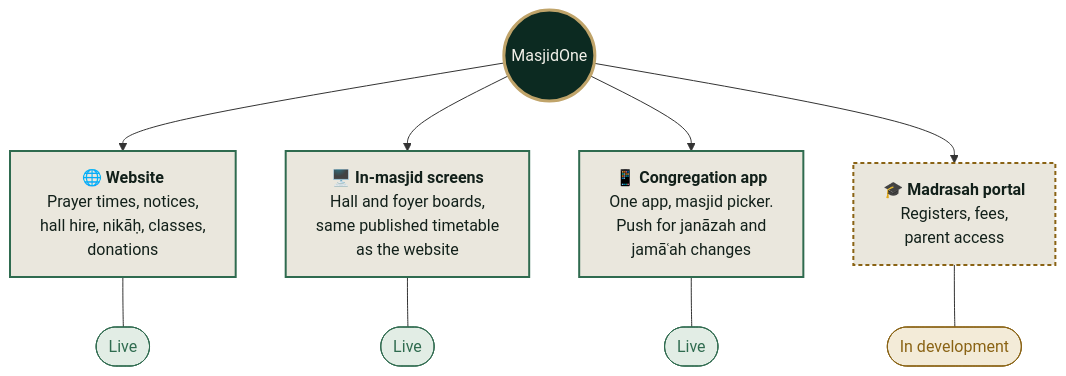
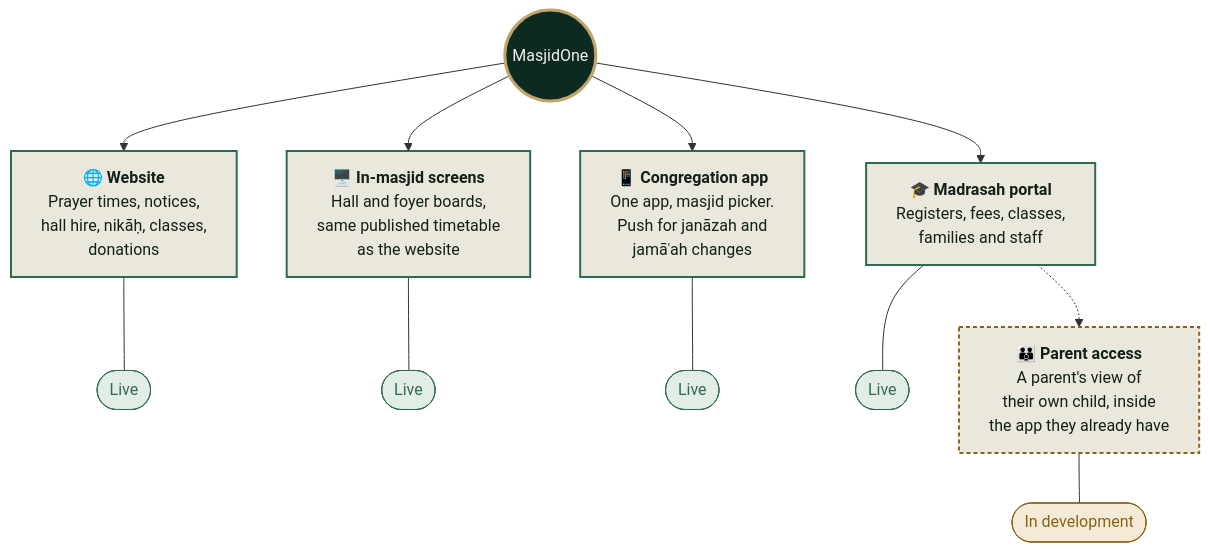
One commit to yameenbux/MasjidOne changed the diagram in assets/diagrams/02-four-surfaces.mmd. Above: the diagram before and after it, drawn with Mermaid. The commit also changed 12 other files, not shown here.

First line of the commit message:
Rebuild the README around diagrams a non-technical reader can follow

```diff
--- a/assets/diagrams/02-four-surfaces.mmd
+++ b/assets/diagrams/02-four-surfaces.mmd
@@ -1,23 +1,26 @@
 flowchart TD
     CORE(("MasjidOne"))
 
     CORE --> W["🌐 <b>Website</b><br/>Prayer times, notices,<br/>hall hire, nikāḥ, classes,<br/>donations"]
     CORE --> S["🖥️ <b>In-masjid screens</b><br/>Hall and foyer boards,<br/>same published timetable<br/>as the website"]
     CORE --> A["📱 <b>Congregation app</b><br/>One app, masjid picker.<br/>Push for janāzah and<br/>jamāʿah changes"]
-    CORE --> M["🎓 <b>Madrasah portal</b><br/>Registers, fees,<br/>parent access"]
+    CORE --> M["🎓 <b>Madrasah portal</b><br/>Registers, fees, classes,<br/>families and staff"]
 
     W --- WL(["Live"])
     S --- SL(["Live"])
     A --- AL(["Live"])
-    M --- ML(["In development"])
+    M --- ML(["Live"])
+
+    M -.-> P["👪 <b>Parent access</b><br/>A parent's view of<br/>their own child, inside<br/>the app they already have"]
+    P --- PL(["In development"])
 
     classDef core fill:#0C2A21,stroke:#C0A46A,stroke-width:3px,color:#F3F1EA,font-size:16px
     classDef live fill:#EAE7DD,stroke:#2F6B4F,stroke-width:2px,color:#12201A
     classDef soon fill:#EAE7DD,stroke:#8A6314,stroke-width:2px,color:#12201A,stroke-dasharray:4 3
     classDef tagok fill:#E2EDE5,stroke:#2F6B4F,color:#2F6B4F
     classDef tagsoon fill:#F3EBD8,stroke:#8A6314,color:#8A6314
     class CORE core
-    class W,S,A live
-    class M soon
-    class WL,SL,AL tagok
-    class ML tagsoon
+    class W,S,A,M live
+    class P soon
+    class WL,SL,AL,ML tagok
+    class PL tagsoon
```
